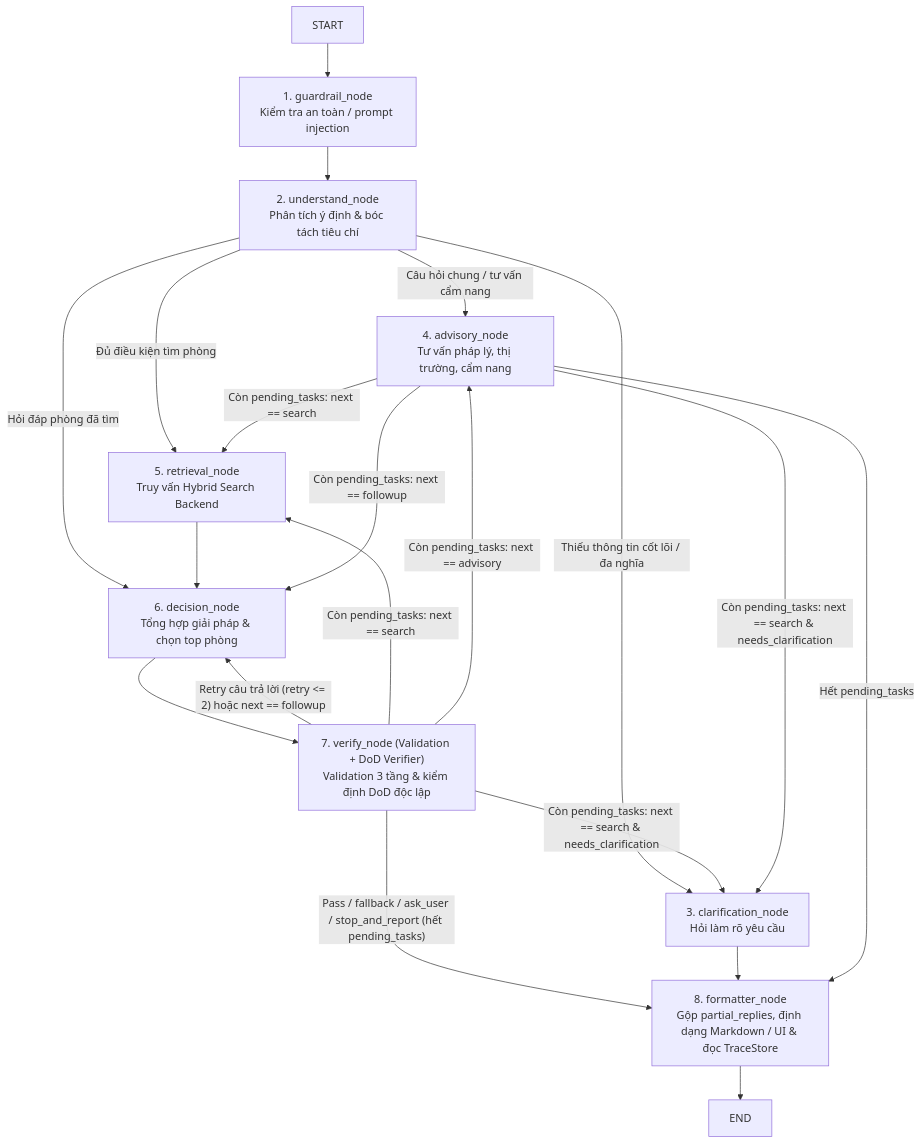
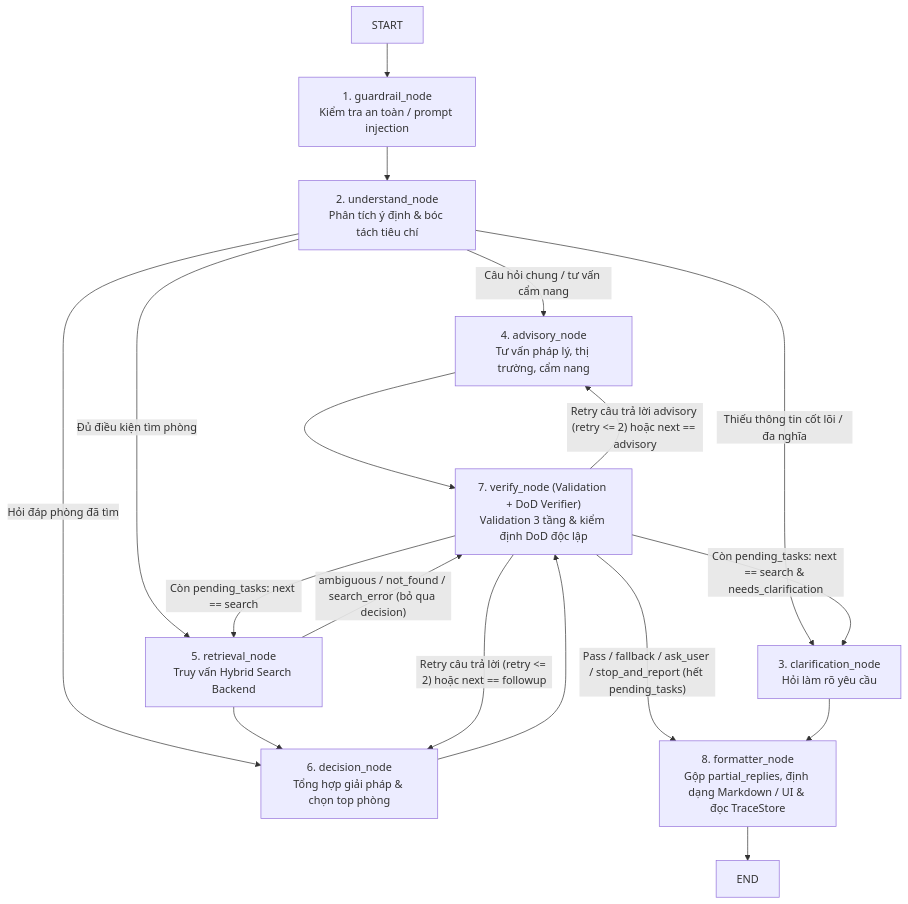
The diagram in docs/architecture/modules/ai-agent-graph.md (undead04/intelligent-room-rental), drawn with Mermaid before and after one commit. The commit also changed other lines of this file and 34 other files, not shown here.

Commit message:
feat(ai-agent,backend,frontend): upgrade ai-agent advisory, verify, NLU, LLM, geocoder, and trace UI

````diff
--- a/docs/architecture/modules/ai-agent-graph.md
+++ b/docs/architecture/modules/ai-agent-graph.md
@@ -11,27 +11,25 @@
 ```mermaid
 flowchart TD
     START --> guardrail_node["1. guardrail_node<br/>Kiểm tra an toàn / prompt injection"]
     guardrail_node --> understand_node["2. understand_node<br/>Phân tích ý định & bóc tách tiêu chí"]
     
     understand_node -->|Thiếu thông tin cốt lõi / đa nghĩa| clarification_node["3. clarification_node<br/>Hỏi làm rõ yêu cầu"]
     understand_node -->|Câu hỏi chung / tư vấn cẩm nang| advisory_node["4. advisory_node<br/>Tư vấn pháp lý, thị trường, cẩm nang"]
     understand_node -->|Đủ điều kiện tìm phòng| retrieval_node["5. retrieval_node<br/>Truy vấn Hybrid Search Backend"]
     understand_node -->|Hỏi đáp phòng đã tìm| decision_node["6. decision_node<br/>Tổng hợp giải pháp & chọn top phòng"]
     
     retrieval_node --> decision_node
+    retrieval_node -->|"ambiguous / not_found / search_error (bỏ qua decision)"| verify_node
     
     decision_node --> verify_node["7. verify_node (Validation + DoD Verifier)<br/>Validation 3 tầng & kiểm định DoD độc lập"]
+    advisory_node --> verify_node
     verify_node -->|"Retry câu trả lời (retry <= 2) hoặc next == followup"| decision_node
+    verify_node -->|"Retry câu trả lời advisory (retry <= 2) hoặc next == advisory"| advisory_node
     verify_node -->|"Còn pending_tasks: next == search"| retrieval_node
     verify_node -->|"Còn pending_tasks: next == search & needs_clarification"| clarification_node
-    verify_node -->|"Còn pending_tasks: next == advisory"| advisory_node
     verify_node -->|"Pass / fallback / ask_user / stop_and_report (hết pending_tasks)"| formatter_node["8. formatter_node<br/>Gộp partial_replies, định dạng Markdown / UI & đọc TraceStore"]
     
     clarification_node --> formatter_node
-    advisory_node -->|"Hết pending_tasks"| formatter_node
-    advisory_node -->|"Còn pending_tasks: next == search"| retrieval_node
-    advisory_node -->|"Còn pending_tasks: next == search & needs_clarification"| clarification_node
-    advisory_node -->|"Còn pending_tasks: next == followup"| decision_node
     
     formatter_node --> END
 ```
````
